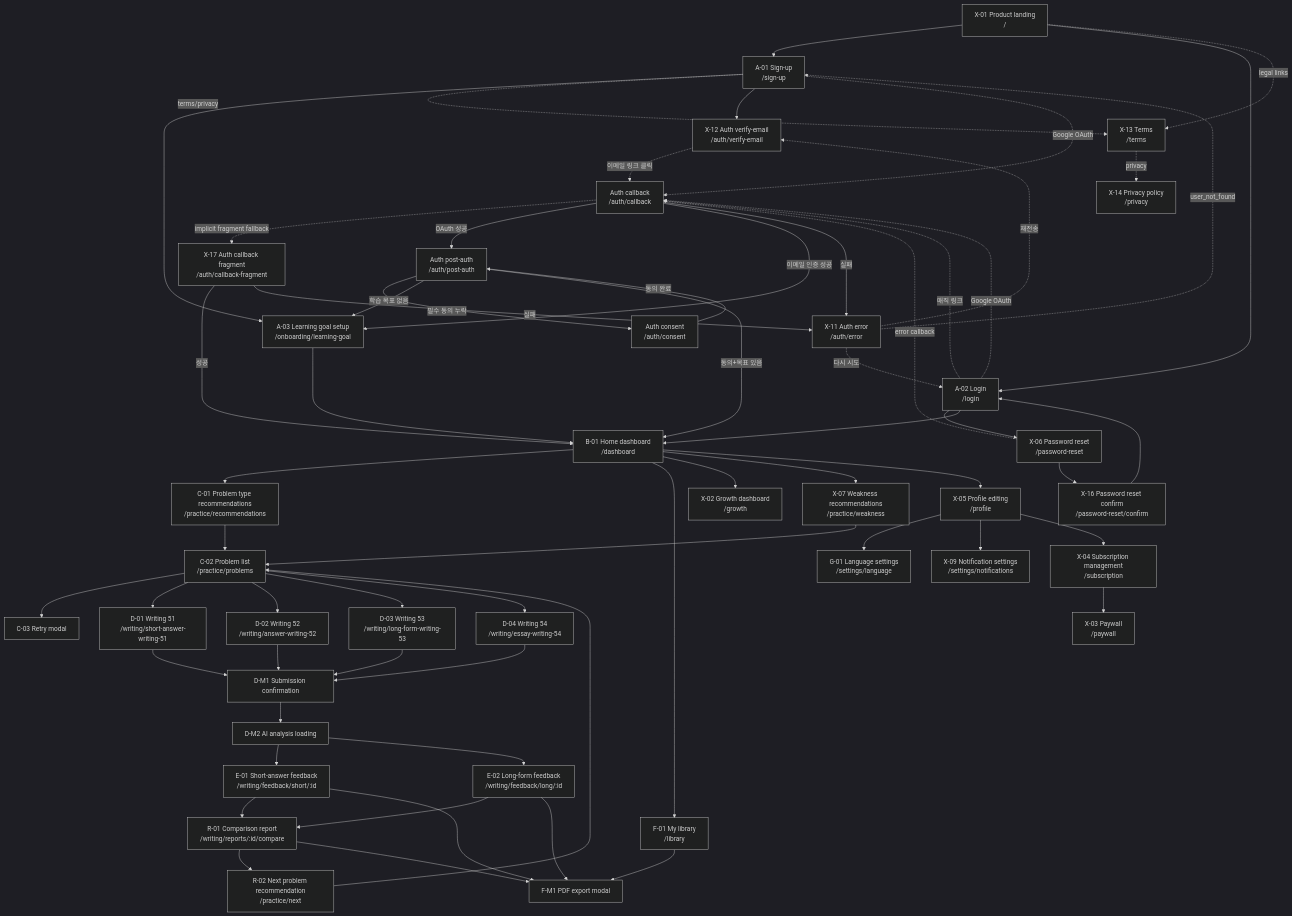
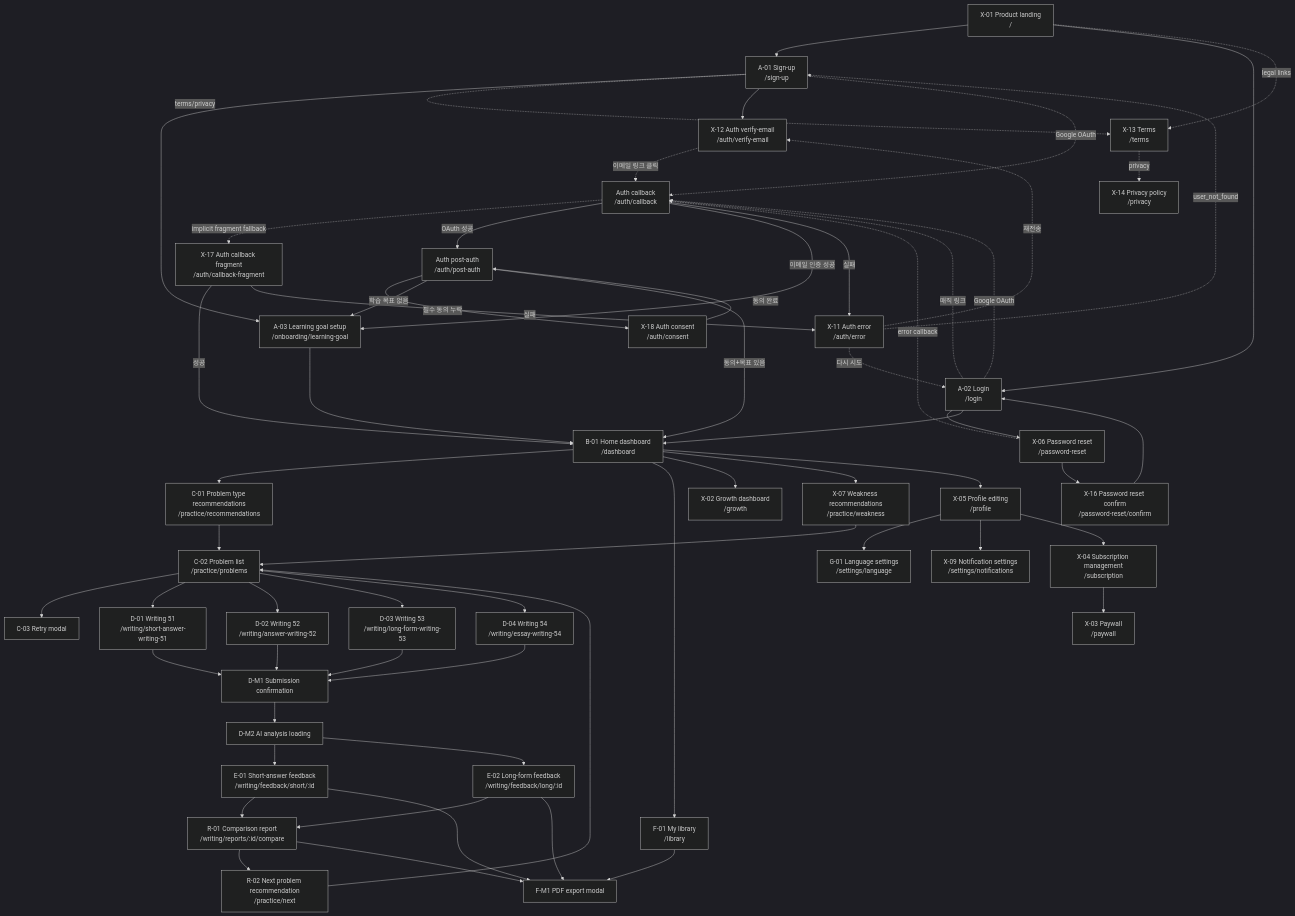
One commit to blackstarzck/topik-project-v13 changed the diagram in docs/sitemap.md. Above: the diagram before and after it, drawn with Mermaid (dark theme). The commit also changed other lines of this file and 25 other files, not shown here.

Commit message:
Polish auth onboarding flows

````diff
--- a/docs/sitemap.md
+++ b/docs/sitemap.md
@@ -90,72 +90,72 @@
 ```mermaid
 flowchart TD
   LANDING["X-01 Product landing\n/"] --> SIGNUP["A-01 Sign-up\n/sign-up"]
   LANDING --> LOGIN["A-02 Login\n/login"]
   LANDING -. "legal links" .-> TERMS["X-13 Terms\n/terms"]
   TERMS -. "privacy" .-> PRIVACY["X-14 Privacy policy\n/privacy"]
   LOGIN --> RESET["X-06 Password reset\n/password-reset"]
   RESET --> RESET_CONFIRM["X-16 Password reset confirm\n/password-reset/confirm"]
   RESET_CONFIRM --> LOGIN
   SIGNUP --> GOAL["A-03 Learning goal setup\n/onboarding/learning-goal"]
   SIGNUP -. "terms/privacy" .-> TERMS
   LOGIN --> DASH["B-01 Home dashboard\n/dashboard"]
   GOAL --> DASH
 
   DASH --> REC["C-01 Problem type recommendations\n/practice/recommendations"]
   REC --> LIST["C-02 Problem list\n/practice/problems"]
   LIST --> RETRY["C-03 Retry modal"]
 
   LIST --> W51["D-01 Writing 51\n/writing/short-answer-writing-51"]
   LIST --> W52["D-02 Writing 52\n/writing/answer-writing-52"]
   LIST --> W53["D-03 Writing 53\n/writing/long-form-writing-53"]
   LIST --> W54["D-04 Writing 54\n/writing/essay-writing-54"]
 
   W51 --> SUBMIT["D-M1 Submission confirmation"]
   W52 --> SUBMIT
   W53 --> SUBMIT
   W54 --> SUBMIT
   SUBMIT --> LOADING["D-M2 AI analysis loading"]
   LOADING --> SHORT_FB["E-01 Short-answer feedback\n/writing/feedback/short/:id"]
   LOADING --> LONG_FB["E-02 Long-form feedback\n/writing/feedback/long/:id"]
 
   SHORT_FB --> REPORT["R-01 Comparison report\n/writing/reports/:id/compare"]
   LONG_FB --> REPORT
   REPORT --> NEXT["R-02 Next problem recommendation\n/practice/next"]
   NEXT --> LIST
 
   DASH --> LIBRARY["F-01 My library\n/library"]
   LIBRARY --> PDF["F-M1 PDF export modal"]
   SHORT_FB --> PDF
   LONG_FB --> PDF
   REPORT --> PDF
 
   DASH --> GROWTH["X-02 Growth dashboard\n/growth"]
   DASH --> WEAK["X-07 Weakness recommendations\n/practice/weakness"]
   WEAK --> LIST
 
   DASH --> PROFILE["X-05 Profile editing\n/profile"]
   PROFILE --> LANGUAGE["G-01 Language settings\n/settings/language"]
   PROFILE --> NOTI["X-09 Notification settings\n/settings/notifications"]
   PROFILE --> SUBSCRIPTION["X-04 Subscription management\n/subscription"]
   SUBSCRIPTION --> PAYWALL["X-03 Paywall\n/paywall"]
 
   SIGNUP --> VERIFY["X-12 Auth verify-email\n/auth/verify-email"]
   VERIFY -. "이메일 링크 클릭" .-> CB["Auth callback\n/auth/callback"]
   LOGIN -. "매직 링크" .-> CB
   SIGNUP -. "Google OAuth" .-> CB
   LOGIN -. "Google OAuth" .-> CB
   RESET -. "error callback" .-> CB
   CB -. "implicit fragment fallback" .-> CBF["X-17 Auth callback fragment\n/auth/callback-fragment"]
   CBF -->|"성공"| DASH
   CBF -->|"실패"| ERR
   CB -->|"OAuth 성공"| POST["Auth post-auth\n/auth/post-auth"]
-  POST -->|"필수 동의 누락"| CONSENT["Auth consent\n/auth/consent"]
+  POST -->|"필수 동의 누락"| CONSENT["X-18 Auth consent\n/auth/consent"]
   CONSENT -->|"동의 완료"| POST
   POST -->|"학습 목표 없음"| GOAL
   POST -->|"동의+목표 있음"| DASH
   CB -->|"이메일 인증 성공"| GOAL
   CB -->|"실패"| ERR["X-11 Auth error\n/auth/error"]
   ERR -. "user_not_found" .-> SIGNUP
   ERR -. "재전송" .-> VERIFY
   ERR -. "다시 시도" .-> LOGIN
 ```
````
